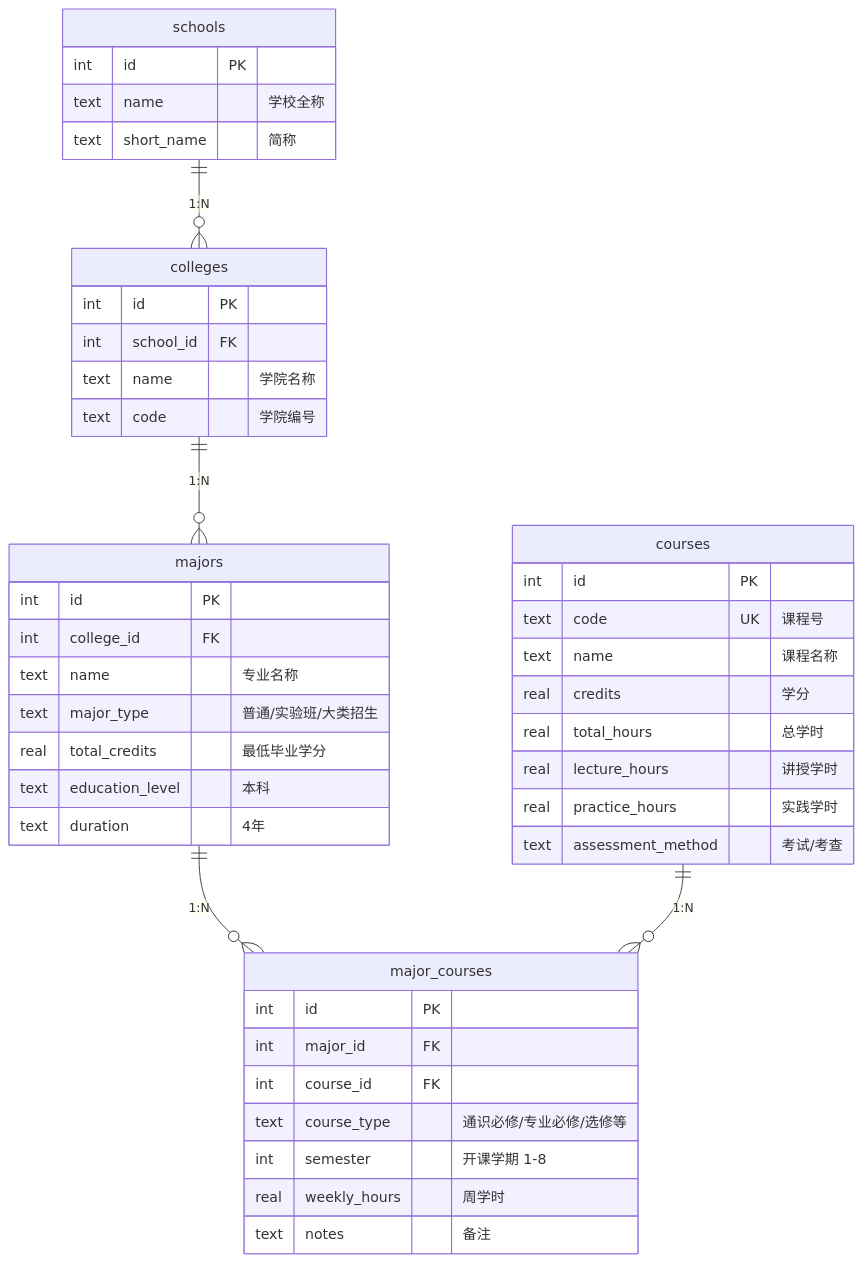
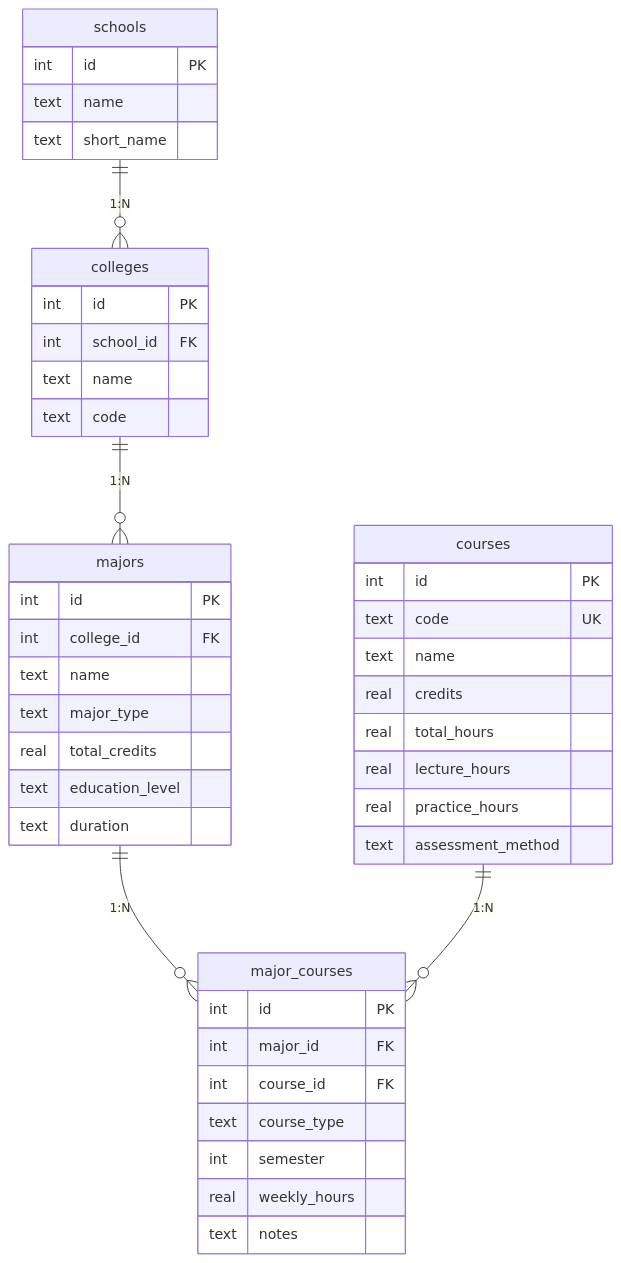
Before and after one commit to liuz819/course-plan-query-system: the diagram in README.md, drawn with Mermaid.

Commit message:
fix: 修复 Mermaid ER 图在 GitHub 上无法渲染

````diff
--- a/README.md
+++ b/README.md
@@ -121,51 +121,47 @@
 ```mermaid
 erDiagram
     schools ||--o{ colleges : "1:N"
     colleges ||--o{ majors : "1:N"
     majors ||--o{ major_courses : "1:N"
     courses ||--o{ major_courses : "1:N"
 
     schools {
         int id PK
-        text name "学校全称"
-        text short_name "简称"
+        text name
+        text short_name
     }
-
     colleges {
         int id PK
         int school_id FK
-        text name "学院名称"
-        text code "学院编号"
+        text name
+        text code
     }
-
     majors {
         int id PK
         int college_id FK
-        text name "专业名称"
-        text major_type "普通/实验班/大类招生"
-        real total_credits "最低毕业学分"
-        text education_level "本科"
-        text duration "4年"
+        text name
+        text major_type
+        real total_credits
+        text education_level
+        text duration
     }
-
     courses {
         int id PK
-        text code UK "课程号"
-        text name "课程名称"
-        real credits "学分"
-        real total_hours "总学时"
-        real lecture_hours "讲授学时"
-        real practice_hours "实践学时"
-        text assessment_method "考试/考查"
+        text code UK
+        text name
+        real credits
+        real total_hours
+        real lecture_hours
+        real practice_hours
+        text assessment_method
     }
-
     major_courses {
         int id PK
         int major_id FK
         int course_id FK
-        text course_type "通识必修/专业必修/选修等"
-        int semester "开课学期 1-8"
-        real weekly_hours "周学时"
-        text notes "备注"
+        text course_type
+        int semester
+        real weekly_hours
+        text notes
     }
 ```
````
